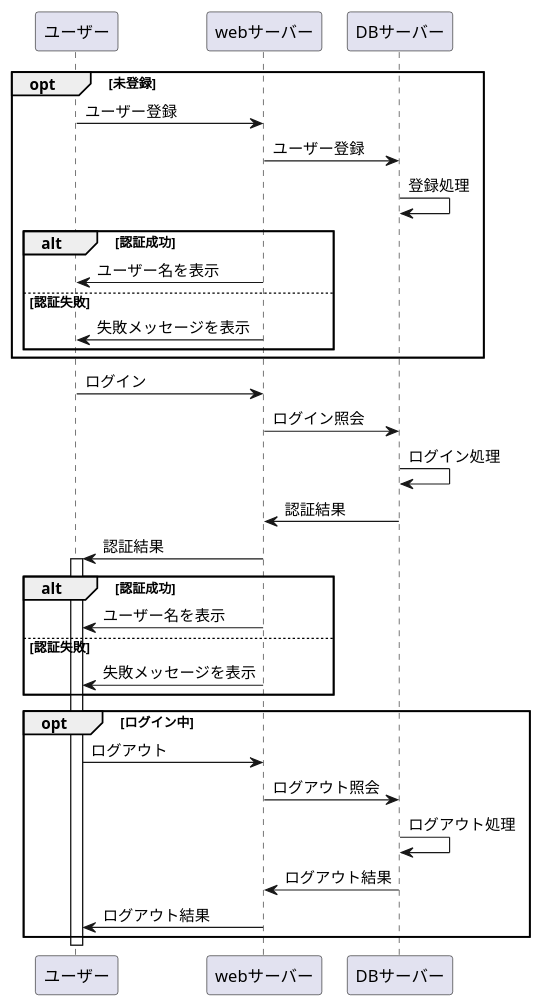
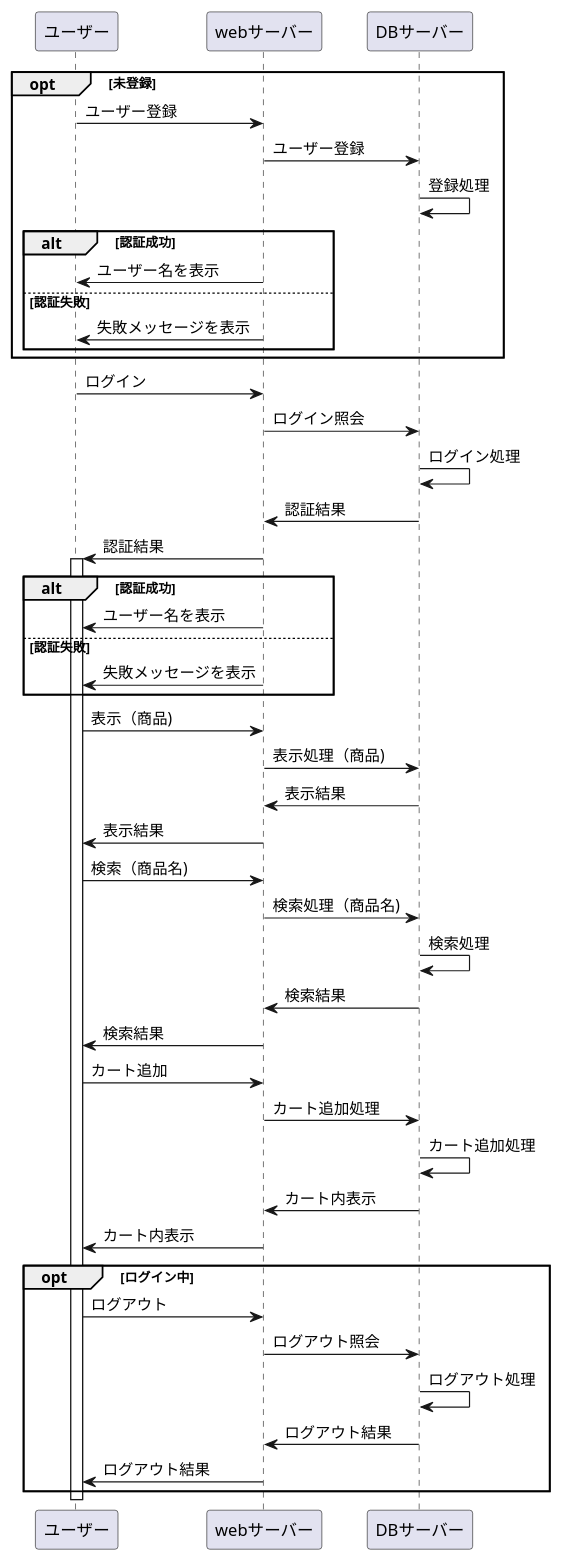
Before and after one commit to Aso2001398/2021sys-design: the diagram in original_site_workflow.md, drawn with PlantUML.

````diff
--- a/original_site_workflow.md
+++ b/original_site_workflow.md
@@ -1,42 +1,60 @@
 ```uml
 @startuml
 opt 未登録
 ユーザー -> webサーバー : ユーザー登録
 webサーバー -> DBサーバー:ユーザー登録
 DBサーバー -> DBサーバー:登録処理
 
 alt 認証成功
 webサーバー -> ユーザー:ユーザー名を表示
 else 認証失敗
 webサーバー -> ユーザー:失敗メッセージを表示
 
 end
 
 end
 
 ユーザー -> webサーバー : ログイン
 webサーバー -> DBサーバー:ログイン照会
 DBサーバー -> DBサーバー:ログイン処理
 DBサーバー -> webサーバー:認証結果
 webサーバー -> ユーザー:認証結果
 
 activate ユーザー
 
 alt 認証成功
 webサーバー -> ユーザー:ユーザー名を表示
 else 認証失敗
 webサーバー -> ユーザー:失敗メッセージを表示
 
 end
 
+ユーザー -> webサーバー:表示（商品)
+webサーバー -> DBサーバー:表示処理（商品)
+DBサーバー -> webサーバー:表示結果
+webサーバー -> ユーザー:表示結果
+
+ユーザー -> webサーバー:検索（商品名)
+webサーバー -> DBサーバー:検索処理（商品名)
+DBサーバー -> DBサーバー:検索処理
+DBサーバー -> webサーバー:検索結果
+webサーバー -> ユーザー:検索結果
+
+ユーザー -> webサーバー:カート追加
+webサーバー -> DBサーバー:カート追加処理
+DBサーバー -> DBサーバー:カート追加処理
+DBサーバー -> webサーバー:カート内表示
+webサーバー -> ユーザー:カート内表示
+
+
 opt ログイン中
 ユーザー -> webサーバー : ログアウト
 webサーバー -> DBサーバー:ログアウト照会
 DBサーバー -> DBサーバー:ログアウト処理
 DBサーバー -> webサーバー:ログアウト結果
 webサーバー -> ユーザー:ログアウト結果
 end
 
 deactivate ユーザー
 @enduml
 ```
````
